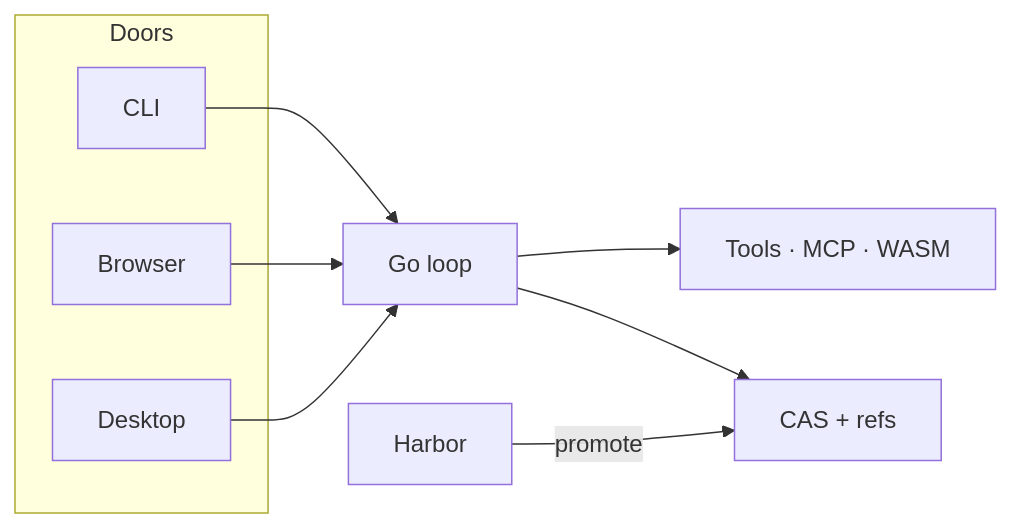
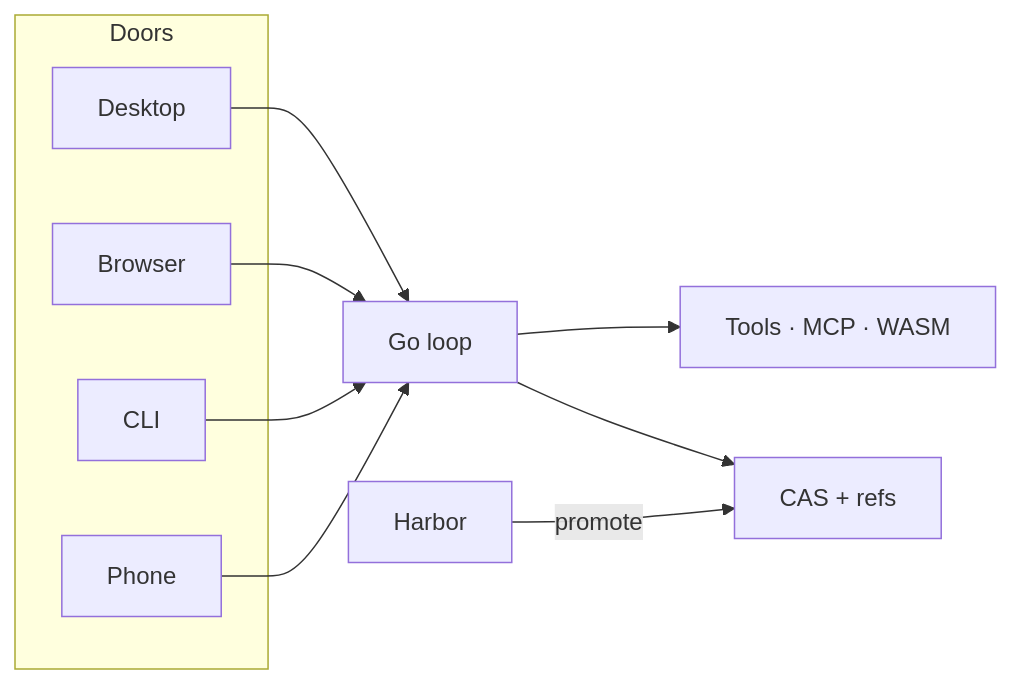
Before and after one commit to Shenchangxin/yoyo: the diagram in README.md, drawn with Mermaid. The commit also changed other lines of this file and 3 other files, not shown here.

````diff
--- a/README.md
+++ b/README.md
@@ -203,18 +263,20 @@
 ```mermaid
 flowchart LR
   subgraph doors [Doors]
+    GUI[Desktop]
+    HTTP[Browser]
     CLI[CLI]
-    HTTP[Browser]
-    GUI[Desktop]
+    Phone[Phone]
   end
   Loop[Go loop]
   Tools[Tools · MCP · WASM]
   CAS[CAS + refs]
   Harbor[Harbor]
+  GUI --> Loop
+  HTTP --> Loop
   CLI --> Loop
-  HTTP --> Loop
-  GUI --> Loop
+  Phone --> Loop
   Loop --> Tools
   Loop --> CAS
   Harbor -->|promote| CAS
 ```
````
